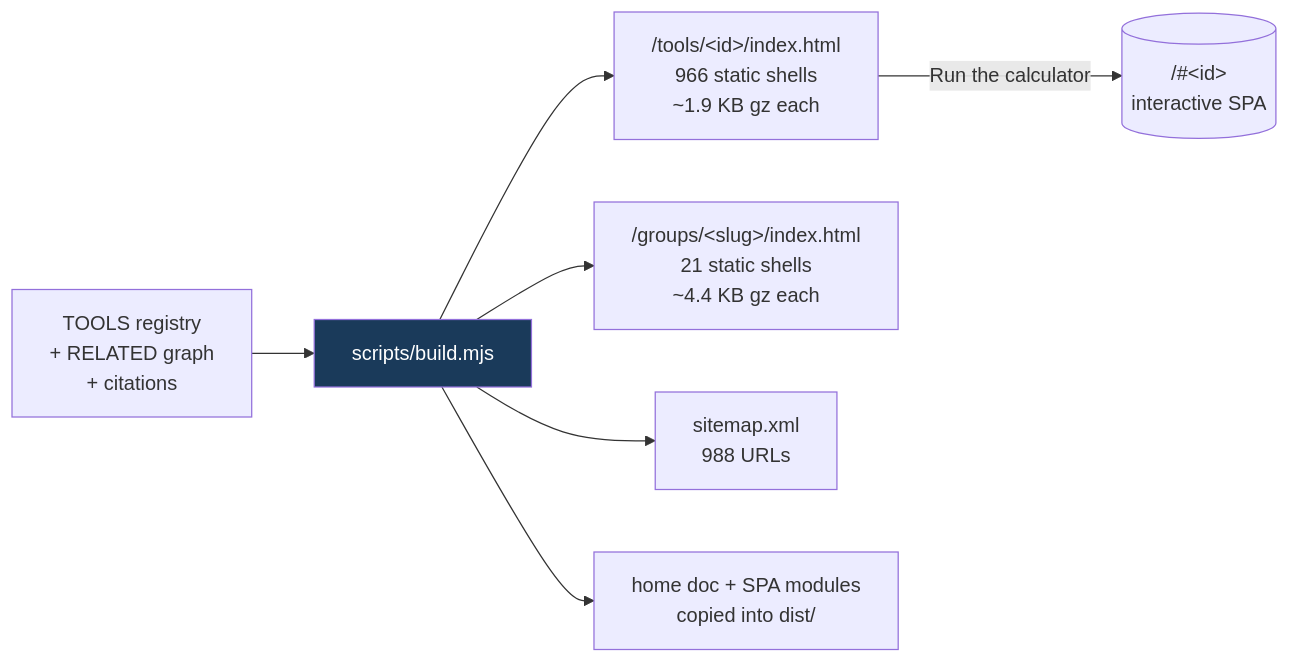
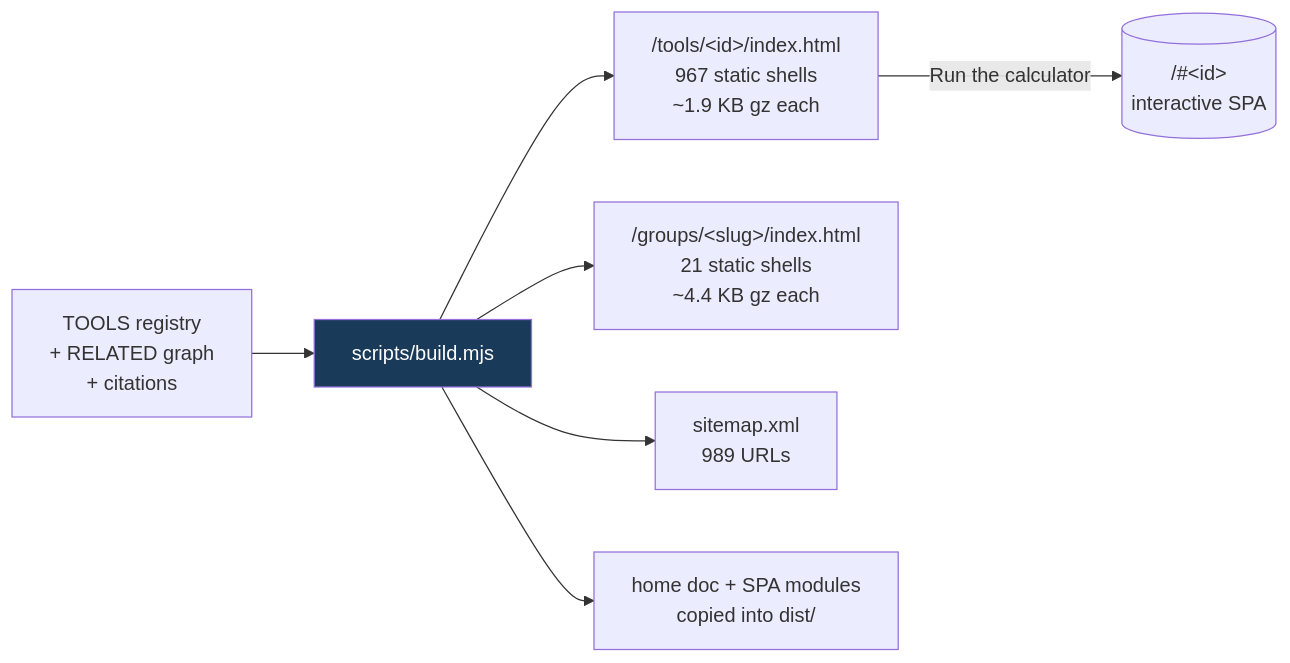
Before and after one commit to clay-good/roughlogic.com: the fifth of 8 diagrams in README.md, drawn with Mermaid. The commit also changed other lines of this file and 12 other files, not shown here.

````diff
--- a/README.md
+++ b/README.md
@@ -495,10 +495,10 @@
 ```mermaid
 flowchart LR
     SRC[TOOLS registry\n+ RELATED graph\n+ citations] --> BUILD[scripts/build.mjs]
-    BUILD --> TILE["/tools/&lt;id&gt;/index.html\n966 static shells\n~1.9 KB gz each"]
+    BUILD --> TILE["/tools/&lt;id&gt;/index.html\n967 static shells\n~1.9 KB gz each"]
     BUILD --> GROUP["/groups/&lt;slug&gt;/index.html\n21 static shells\n~4.4 KB gz each"]
-    BUILD --> MAP["sitemap.xml\n988 URLs"]
+    BUILD --> MAP["sitemap.xml\n989 URLs"]
     BUILD --> COPY[home doc + SPA modules\ncopied into dist/]
     TILE -->|Run the calculator| SPA[("/#&lt;id&gt;\ninteractive SPA")]
     style BUILD fill:#1a3a5a,color:#fff
 ```
````
